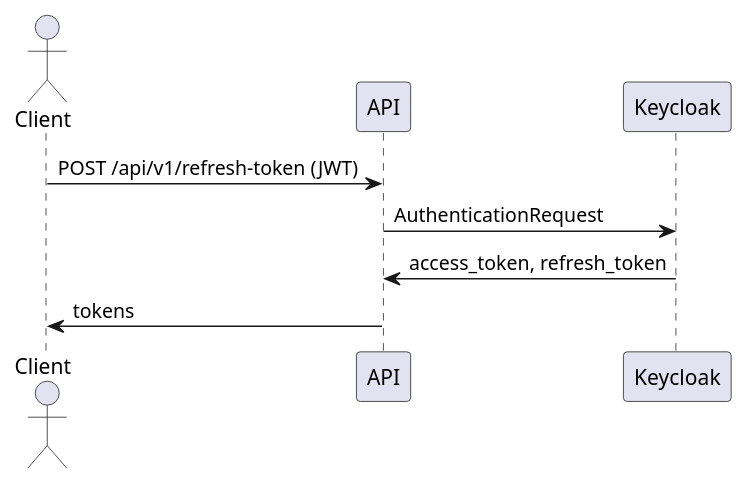
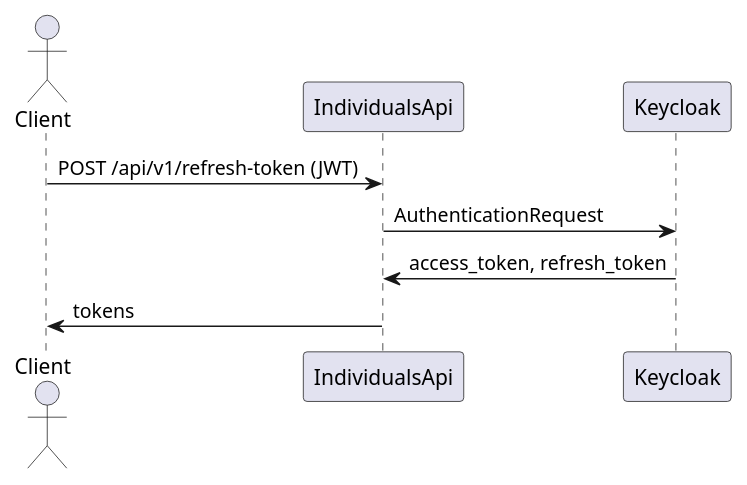
Before and after one commit to diamam90/payment-system: the diagram in diagram/refresh-token.puml, drawn with PlantUML. The commit also changed 29 other files, not shown here.

```diff
--- a/diagram/refresh-token.puml
+++ b/diagram/refresh-token.puml
@@ -1,10 +1,10 @@
 @startuml
 actor Client
-participant API
+participant IndividualsApi
 participant Keycloak
 
-Client -> API: POST /api/v1/refresh-token (JWT)
-API -> Keycloak: AuthenticationRequest
-Keycloak -> API: access_token, refresh_token
-API -> Client: tokens
+Client -> IndividualsApi: POST /api/v1/refresh-token (JWT)
+IndividualsApi -> Keycloak: AuthenticationRequest
+Keycloak -> IndividualsApi: access_token, refresh_token
+IndividualsApi -> Client: tokens
 @enduml
```
